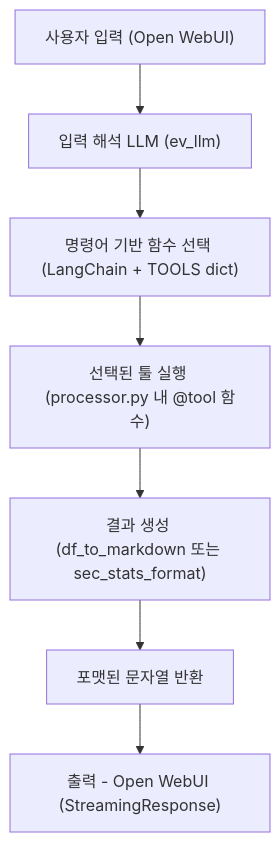
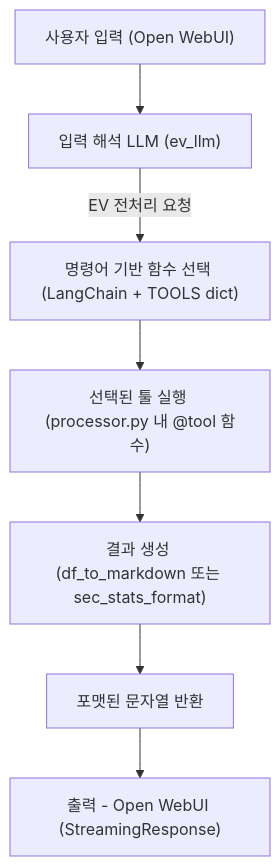
One commit to WO2IN/posAppSystem changed the diagram in readme.md. Above: the diagram before and after it, drawn with Mermaid.

````diff
--- a/readme.md
+++ b/readme.md
@@ -1,11 +1,17 @@
 ```mermaid
 graph TD
 
 A1["사용자 입력 (Open WebUI)"] --> A2["입력 해석 LLM (ev_llm)"]
-A2 --> A3["명령어 기반 함수 선택 (LangChain + TOOLS dict)"]
-A3 --> A4["선택된 툴 실행 (processor.py 내 @tool 함수)"]
-A4 --> A5["결과 생성 (df_to_markdown 또는 sec_stats_format)"]
-A5 --> A6["포맷된 문자열 반환"]
-A6 --> A7["출력 - Open WebUI (StreamingResponse)"]
+
+%% 🚧 [확장 예정] 일반 챗 요청일 경우 분기
+%% A2 -->|일반 챗 요청| B1["일반 챗 LLM (예: GPT 호출)"]
+%% B1 --> B2["자연어 응답 생성"]
+%% B2 --> B3["출력 - Open WebUI (StreamingResponse)"]
+
+A2 -->|EV 전처리 요청| C1["명령어 기반 함수 선택 (LangChain + TOOLS dict)"]
+C1 --> C2["선택된 툴 실행 (processor.py 내 @tool 함수)"]
+C2 --> C3["결과 생성 (df_to_markdown 또는 sec_stats_format)"]
+C3 --> C4["포맷된 문자열 반환"]
+C4 --> C5["출력 - Open WebUI (StreamingResponse)"]
 
 ```
````
